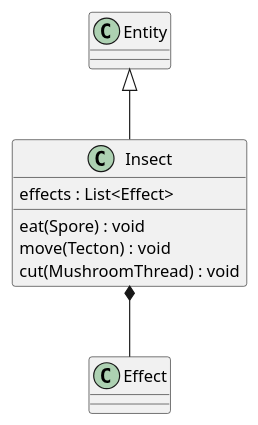
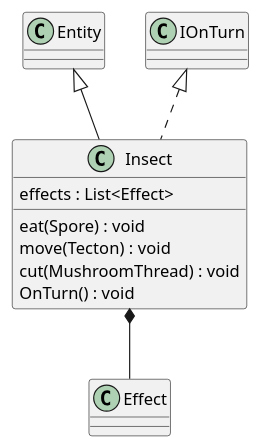
One commit to Petya-G/fungorium changed the diagram in 3/classes/insect.puml. Above: the diagram before and after it, drawn with PlantUML. The commit also changed 8 other files, not shown here.

```diff
--- a/3/classes/insect.puml
+++ b/3/classes/insect.puml
@@ -1,11 +1,14 @@
 @startuml insect
 
 Entity <|-- Insect
 Insect *-- Effect
+
+IOnTurn <|.. Insect
 class Insect{
     effects : List<Effect>
     eat(Spore) : void
     move(Tecton) : void
     cut(MushroomThread) : void
+    OnTurn() : void
 }
 @enduml
```
